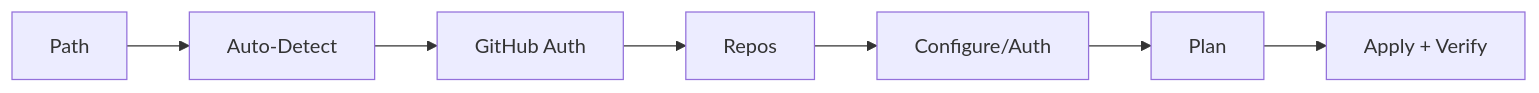
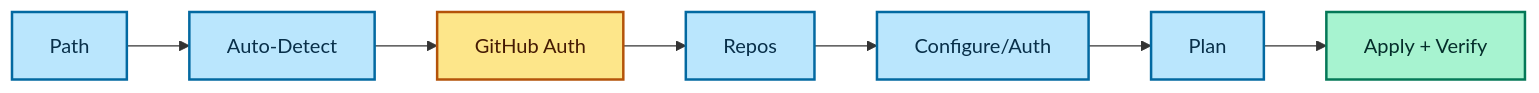
Before and after one commit to EvotecIT/IntelligenceX: the diagram in Docs/reviewer/setup-web.md, drawn with Mermaid. The commit also changed 9 other files, not shown here.

Commit message:
feat(docs): theme-aware colorful mermaid diagrams across key workflows

````diff
--- a/Docs/reviewer/setup-web.md
+++ b/Docs/reviewer/setup-web.md
@@ -27,9 +27,17 @@
 ```mermaid
 flowchart LR
+  classDef step fill:#BAE6FD,stroke:#0369A1,color:#082F49,stroke-width:2px;
+  classDef auth fill:#FDE68A,stroke:#B45309,color:#451A03,stroke-width:2px;
+  classDef apply fill:#A7F3D0,stroke:#047857,color:#052E2B,stroke-width:2px;
+
   A["Path"] --> B["Auto-Detect"]
   B --> C["GitHub Auth"]
   C --> D["Repos"]
   D --> E["Configure/Auth"]
   E --> F["Plan"]
   F --> G["Apply + Verify"]
+
+  class A,B,D,E,F step;
+  class C auth;
+  class G apply;
 ```
````
